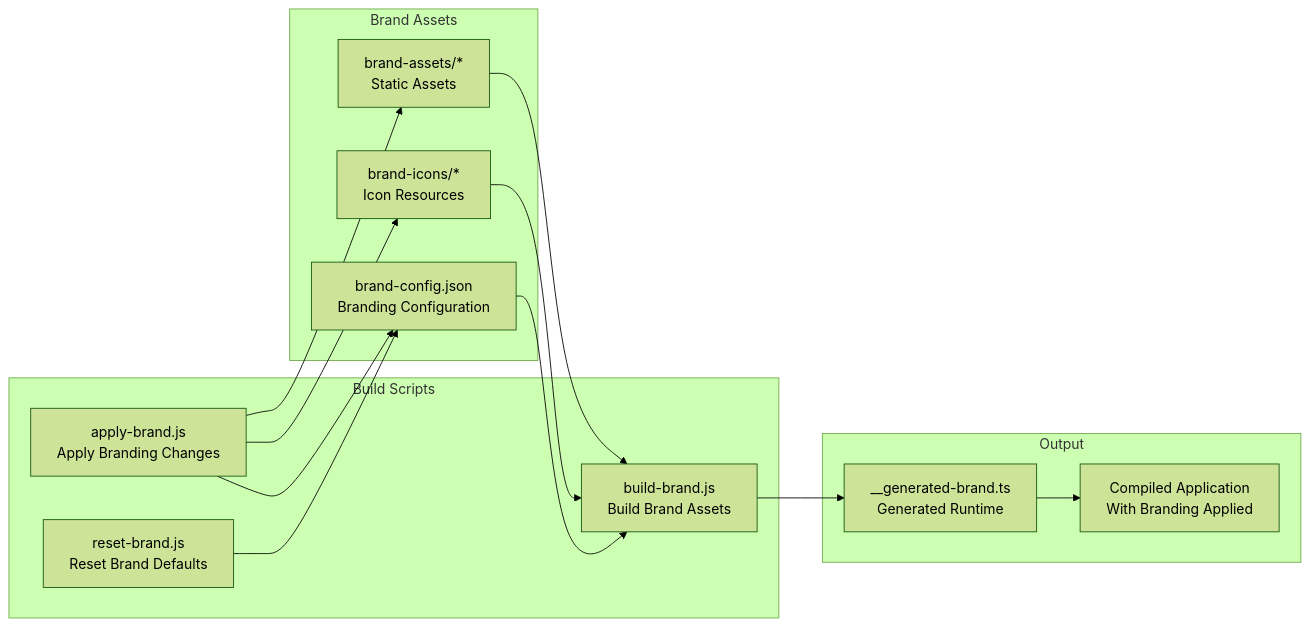
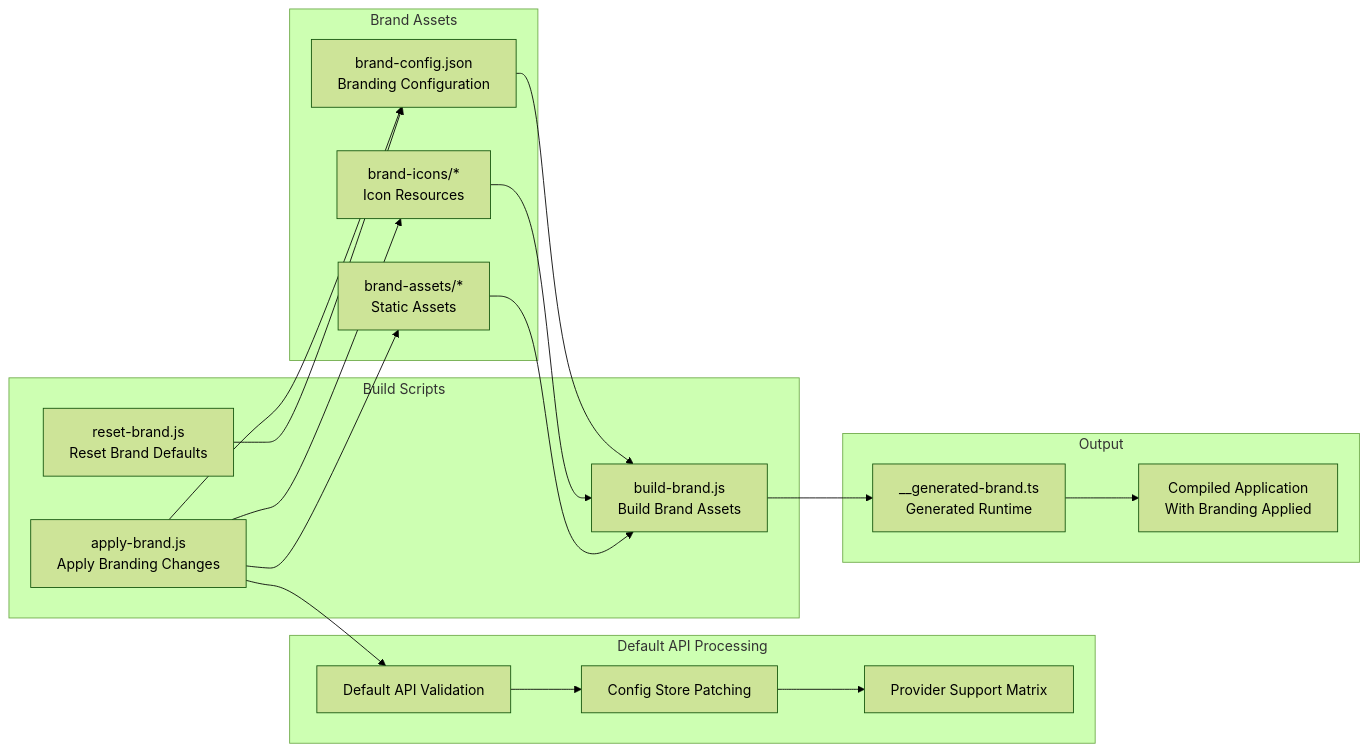
One commit to jackuh105/open-cowork changed the seventh of 9 diagrams in .qoder/repowiki/en/content/Deployment & Distribution/Branding System.md. Above: the diagram before and after it, drawn with Mermaid (forest theme). The commit also changed other lines of this file and 2 other files, not shown here.

````diff
--- a/.qoder/repowiki/en/content/Deployment & Distribution/Branding System.md
+++ b/.qoder/repowiki/en/content/Deployment & Distribution/Branding System.md
@@ -285,26 +366,34 @@
 ```mermaid
 graph LR
 subgraph "Build Scripts"
 ApplyBrand["apply-brand.js<br/>Apply Branding Changes"]
 BuildBrand["build-brand.js<br/>Build Brand Assets"]
 ResetBrand["reset-brand.js<br/>Reset Brand Defaults"]
 end
 subgraph "Brand Assets"
 BrandConfig["brand-config.json<br/>Branding Configuration"]
 BrandIcons["brand-icons/*<br/>Icon Resources"]
 BrandAssets["brand-assets/*<br/>Static Assets"]
 end
+subgraph "Default API Processing"
+DefaultApiValidation["Default API Validation"]
+ConfigStorePatching["Config Store Patching"]
+ProviderSupportMatrix["Provider Support Matrix"]
+end
 subgraph "Output"
 GeneratedBrand["__generated-brand.ts<br/>Generated Runtime"]
 CompiledApp["Compiled Application<br/>With Branding Applied"]
 end
 ApplyBrand --> BrandConfig
 ApplyBrand --> BrandIcons
 ApplyBrand --> BrandAssets
+ApplyBrand --> DefaultApiValidation
+DefaultApiValidation --> ConfigStorePatching
+ConfigStorePatching --> ProviderSupportMatrix
 BuildBrand --> GeneratedBrand
 ResetBrand --> BrandConfig
 BrandConfig --> BuildBrand
 BrandIcons --> BuildBrand
 BrandAssets --> BuildBrand
 GeneratedBrand --> CompiledApp
 ```
````
